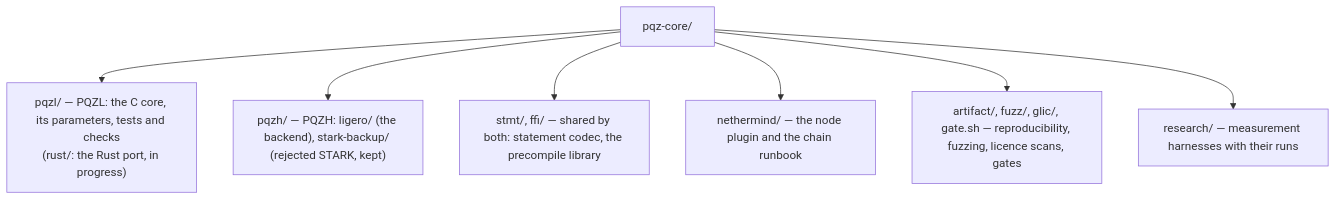
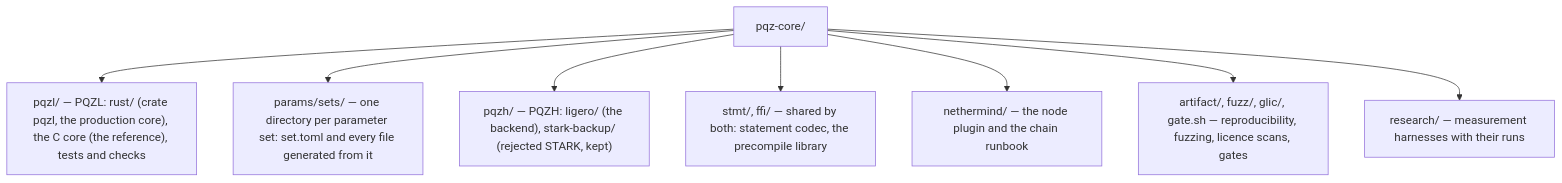
The second of 2 diagrams in pqz-core/README.md (dinhduongha/scaas), drawn with Mermaid before and after one commit. The commit also changed other lines of this file and 23 other files, not shown here.

````diff
--- a/pqz-core/README.md
+++ b/pqz-core/README.md
@@ -712,9 +712,10 @@
 ```mermaid
 flowchart TB
-  root["pqz-core/"] --> pqzl["pqzl/ — PQZL: the C core, its parameters, tests and checks<br/>(rust/: the Rust port, in progress)"]
+  root["pqz-core/"] --> pqzl["pqzl/ — PQZL: rust/ (crate pqzl, the production core), the C core (the reference), tests and checks"]
+  root --> params["params/sets/ — one directory per parameter set: set.toml and every file generated from it"]
   root --> pqzh["pqzh/ — PQZH: ligero/ (the backend), stark-backup/ (rejected STARK, kept)"]
   root --> shared["stmt/, ffi/ — shared by both: statement codec, the precompile library"]
   root --> node["nethermind/ — the node plugin and the chain runbook"]
   root --> tools["artifact/, fuzz/, glic/, gate.sh — reproducibility, fuzzing, licence scans, gates"]
   root --> research["research/ — measurement harnesses with their runs"]
 ```
````
